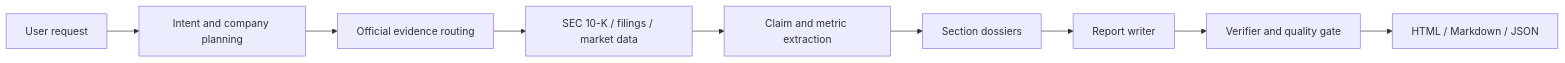
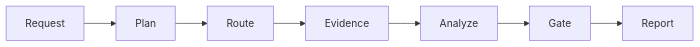
One commit to wara886/DeepReport- changed the diagram in README.md. Above: the diagram before and after it, drawn with Mermaid. The commit also changed other lines of this file and 29 other files, not shown here.

````diff
--- a/README.md
+++ b/README.md
@@ -52,11 +47,9 @@
 ```mermaid
 flowchart LR
-    U[User request] --> P[Intent and company planning]
-    P --> E[Official evidence routing]
-    E --> K[SEC 10-K / filings / market data]
-    K --> C[Claim and metric extraction]
-    C --> D[Section dossiers]
-    D --> W[Report writer]
-    W --> Q[Verifier and quality gate]
-    Q --> R[HTML / Markdown / JSON]
+    U[Request] --> P[Plan]
+    P --> R[Route]
+    R --> E[Evidence]
+    E --> A[Analyze]
+    A --> G[Gate]
+    G --> O[Report]
 ```
````
